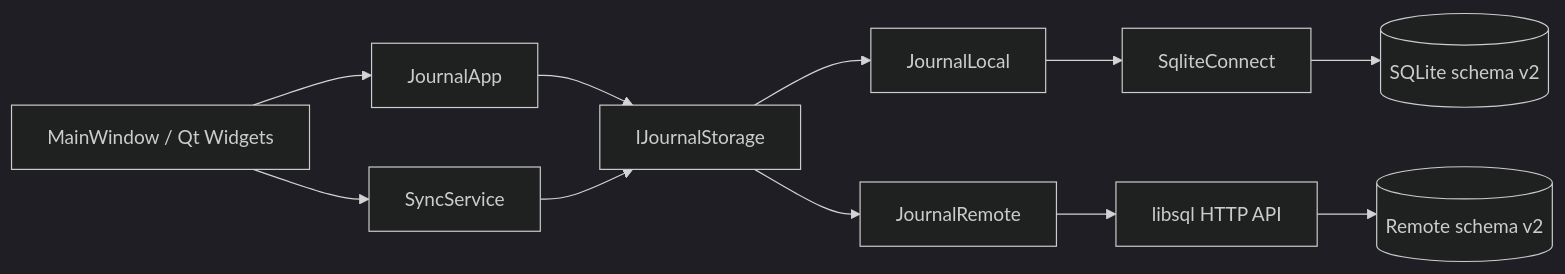
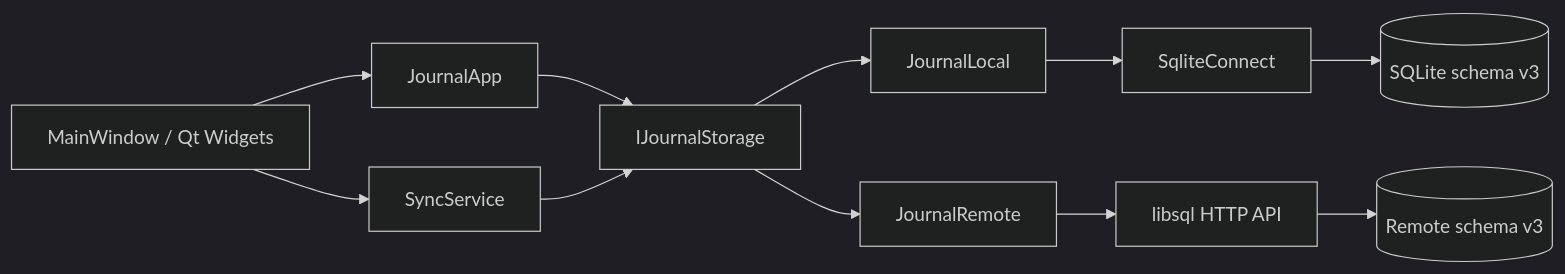
The diagram in doc/arch.md (Satkhar/journal_app), drawn with Mermaid (dark theme) before and after one commit. The commit also changed other lines of this file and 23 other files, not shown here.

````diff
--- a/doc/arch.md
+++ b/doc/arch.md
@@ -5,13 +5,13 @@
 ```mermaid
 flowchart LR
   UI[MainWindow / Qt Widgets] --> APP[JournalApp]
   APP --> ST[IJournalStorage]
   ST --> LOCAL[JournalLocal]
   ST --> REMOTE[JournalRemote]
   LOCAL --> SQLITE[SqliteConnect]
-  SQLITE --> LDB[(SQLite schema v2)]
+  SQLITE --> LDB[(SQLite schema v3)]
   REMOTE --> API[libsql HTTP API]
-  API --> RDB[(Remote schema v2)]
+  API --> RDB[(Remote schema v3)]
   UI --> SYNC[SyncService]
   SYNC --> ST
 ```
````
